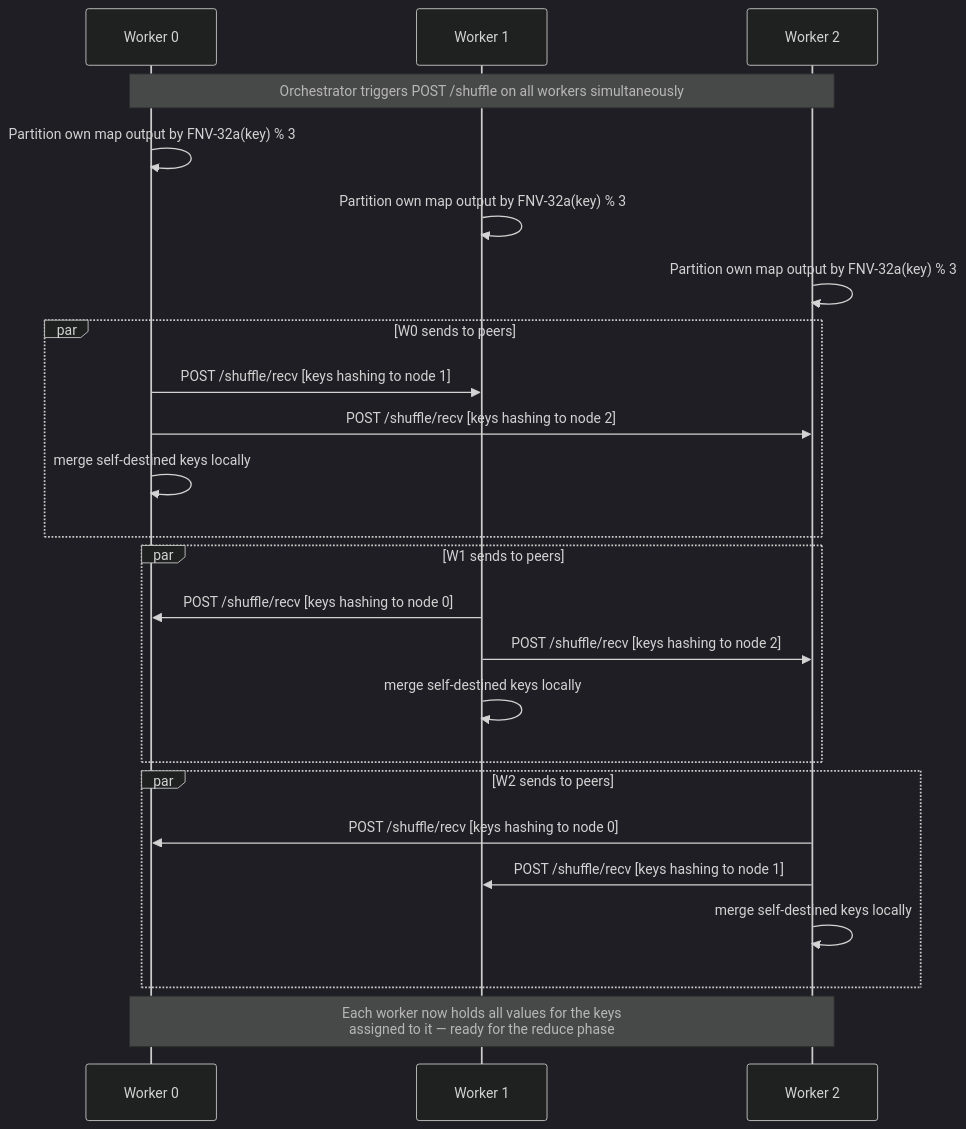
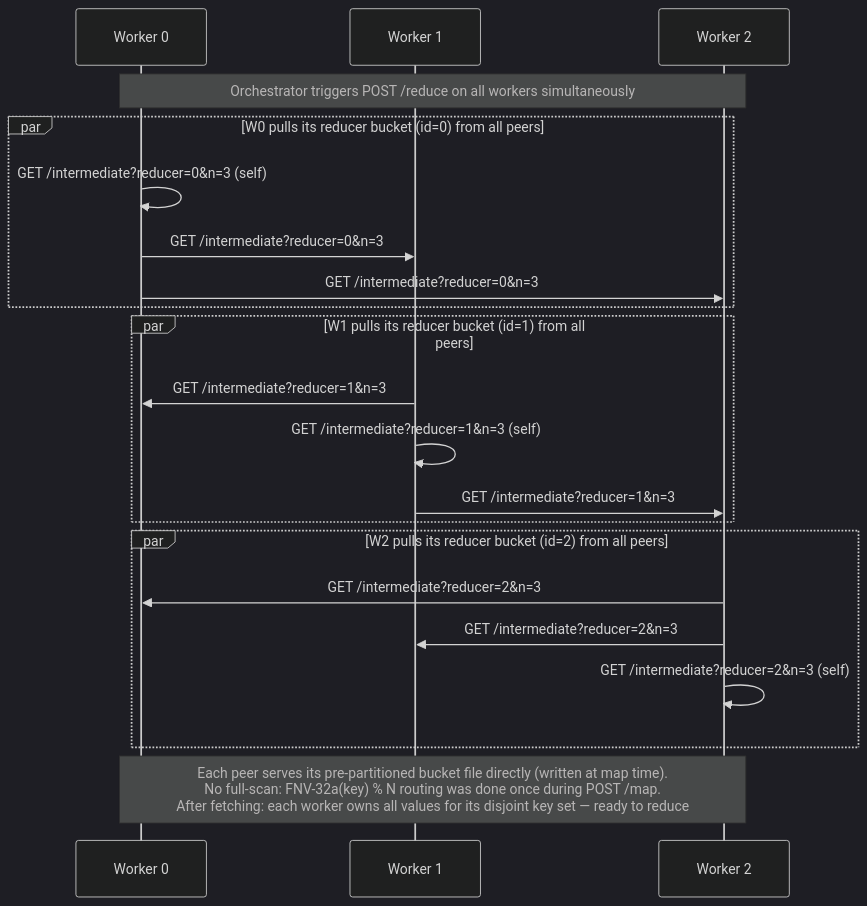
One commit to danielefam/slr_map_reduce changed the third of 3 diagrams in README.md. Above: the diagram before and after it, drawn with Mermaid (dark theme). The commit also changed other lines of this file and 7 other files, not shown here.

First line of the commit message:
Add distributed MapReduce pipeline with WET file support

````diff
--- a/README.md
+++ b/README.md
@@ -275,32 +281,28 @@
 ```mermaid
 sequenceDiagram
     participant W0 as Worker 0
     participant W1 as Worker 1
     participant W2 as Worker 2
 
-    Note over W0,W2: Orchestrator triggers POST /shuffle on all workers simultaneously
+    Note over W0,W2: Orchestrator triggers POST /reduce on all workers simultaneously
 
-    W0->>W0: Partition own map output by FNV-32a(key) % 3
-    W1->>W1: Partition own map output by FNV-32a(key) % 3
-    W2->>W2: Partition own map output by FNV-32a(key) % 3
-
-    par W0 sends to peers
-        W0->>W1: POST /shuffle/recv  [keys hashing to node 1]
-        W0->>W2: POST /shuffle/recv  [keys hashing to node 2]
-        W0->>W0: merge self-destined keys locally
+    par W0 pulls its reducer bucket (id=0) from all peers
+        W0->>W0: GET /intermediate?reducer=0&n=3 (self)
+        W0->>W1: GET /intermediate?reducer=0&n=3
+        W0->>W2: GET /intermediate?reducer=0&n=3
     end
 
-    par W1 sends to peers
-        W1->>W0: POST /shuffle/recv  [keys hashing to node 0]
-        W1->>W2: POST /shuffle/recv  [keys hashing to node 2]
-        W1->>W1: merge self-destined keys locally
+    par W1 pulls its reducer bucket (id=1) from all peers
+        W1->>W0: GET /intermediate?reducer=1&n=3
+        W1->>W1: GET /intermediate?reducer=1&n=3 (self)
+        W1->>W2: GET /intermediate?reducer=1&n=3
     end
 
-    par W2 sends to peers
-        W2->>W0: POST /shuffle/recv  [keys hashing to node 0]
-        W2->>W1: POST /shuffle/recv  [keys hashing to node 1]
-        W2->>W2: merge self-destined keys locally
+    par W2 pulls its reducer bucket (id=2) from all peers
+        W2->>W0: GET /intermediate?reducer=2&n=3
+        W2->>W1: GET /intermediate?reducer=2&n=3
+        W2->>W2: GET /intermediate?reducer=2&n=3 (self)
     end
 
-    Note over W0,W2: Each worker now holds all values for the keys<br/>assigned to it — ready for the reduce phase
+    Note over W0,W2: Each peer serves its pre-partitioned bucket file directly (written at map time).<br/>No full-scan: FNV-32a(key) % N routing was done once during POST /map.<br/>After fetching: each worker owns all values for its disjoint key set — ready to reduce
 ```
````
